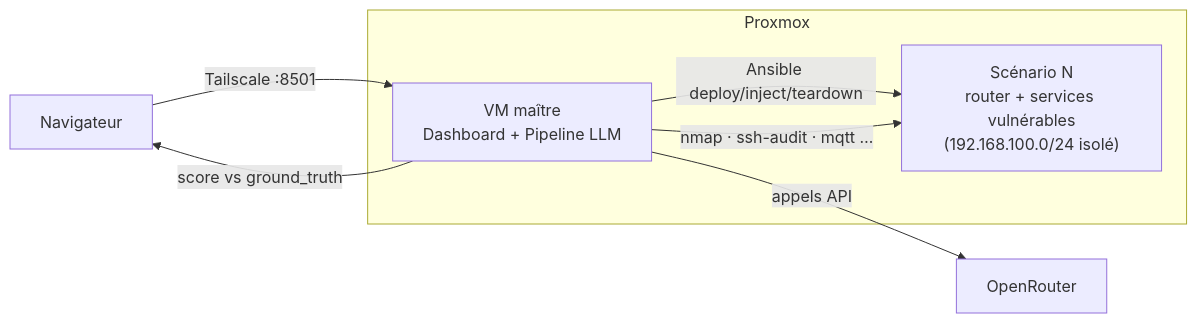
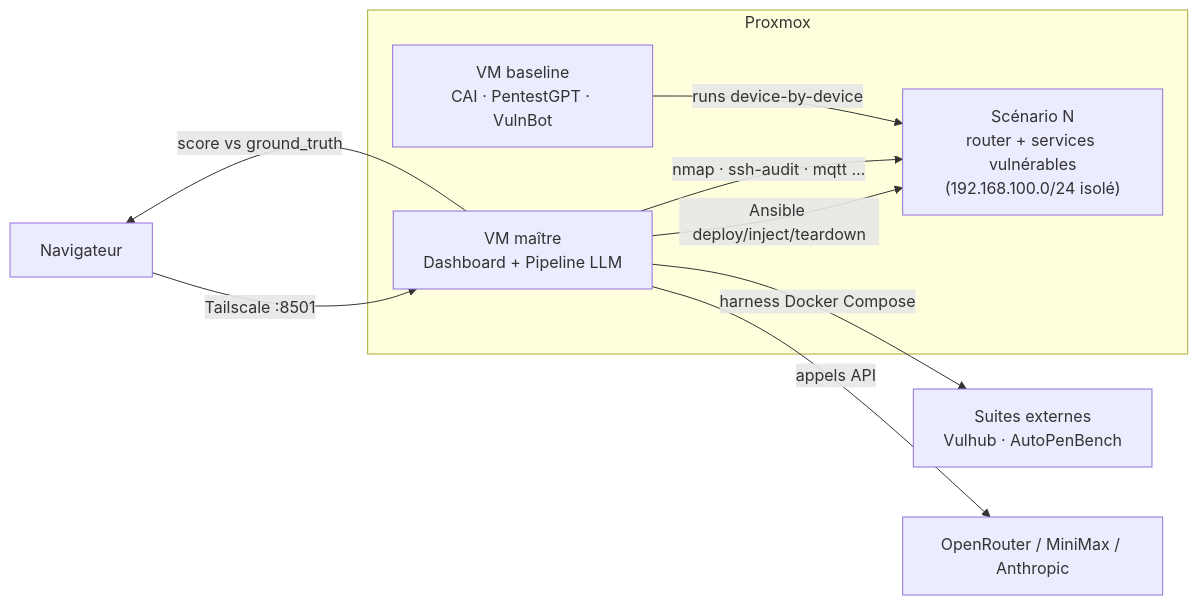
One commit to Tanguyvans/LANCE changed the diagram in benchmarks/README.md. Above: the diagram before and after it, drawn with Mermaid. The commit also changed other lines of this file and 9 other files, not shown here.

````diff
--- a/benchmarks/README.md
+++ b/benchmarks/README.md
@@ -7,15 +7,19 @@
 ```mermaid
 flowchart LR
     USER[Navigateur]
     subgraph PROX["Proxmox"]
         MASTER["VM maître<br/>Dashboard + Pipeline LLM"]
         SCN["Scénario N<br/>router + services vulnérables<br/>(192.168.100.0/24 isolé)"]
+        BASELINE["VM baseline<br/>CAI · PentestGPT · VulnBot"]
     end
-    LLM[OpenRouter]
+    EXT["Suites externes<br/>Vulhub · AutoPenBench"]
+    LLM[OpenRouter / MiniMax / Anthropic]
 
     USER -->|Tailscale :8501| MASTER
     MASTER -->|Ansible deploy/inject/teardown| SCN
     MASTER -->|nmap · ssh-audit · mqtt …| SCN
     MASTER -->|appels API| LLM
     MASTER -->|score vs ground_truth| USER
+    BASELINE -->|runs device-by-device| SCN
+    MASTER -->|harness Docker Compose| EXT
 ```
````
